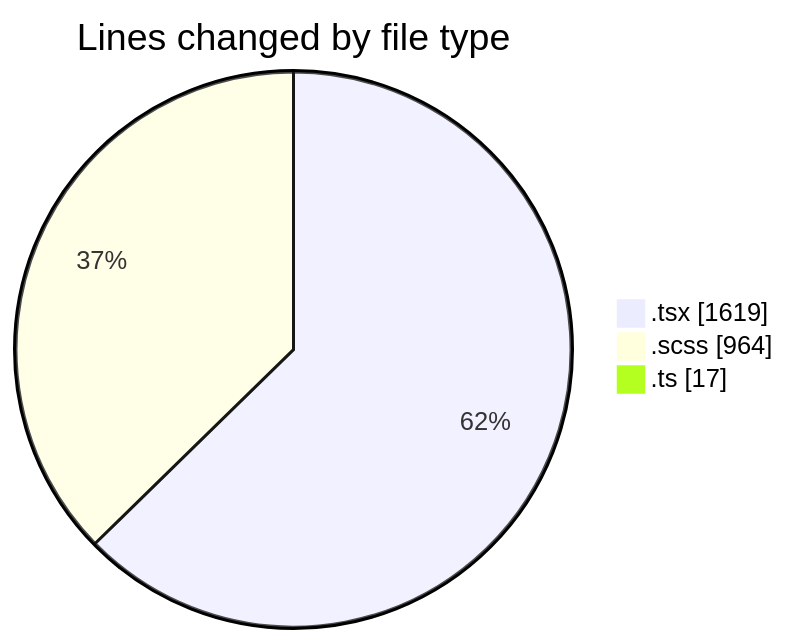
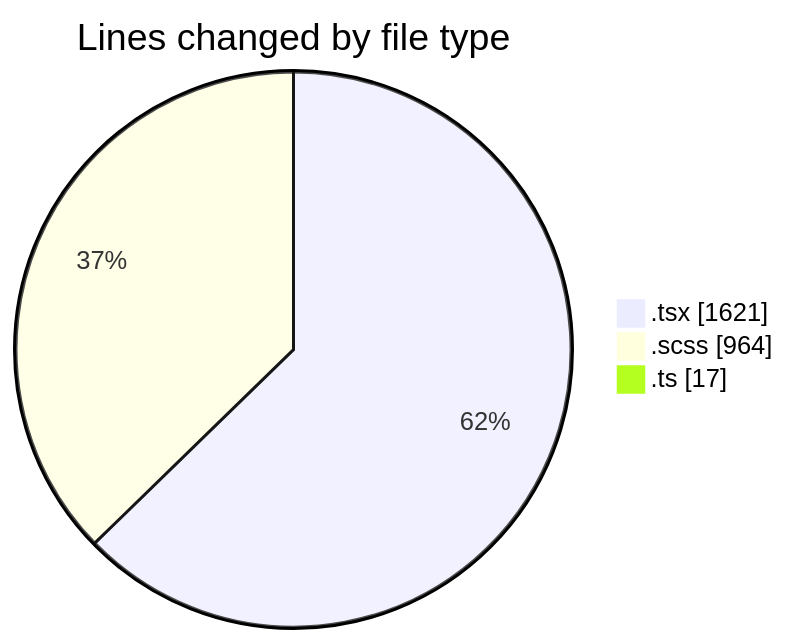
Before and after one commit to momahboobian/code-tracking: the first of 2 diagrams in 2025-09-19/cda/README.md, drawn with Mermaid. The commit also changed other lines of this file and 1 other file, not shown here.

````diff
--- a/2025-09-19/cda/README.md
+++ b/2025-09-19/cda/README.md
@@ -26,7 +26,7 @@
 ```mermaid
 pie showData
 title Lines changed by file type
-".tsx" : 1619
+".tsx" : 1621
 ".scss" : 964
 ".ts" : 17
 ```
````
